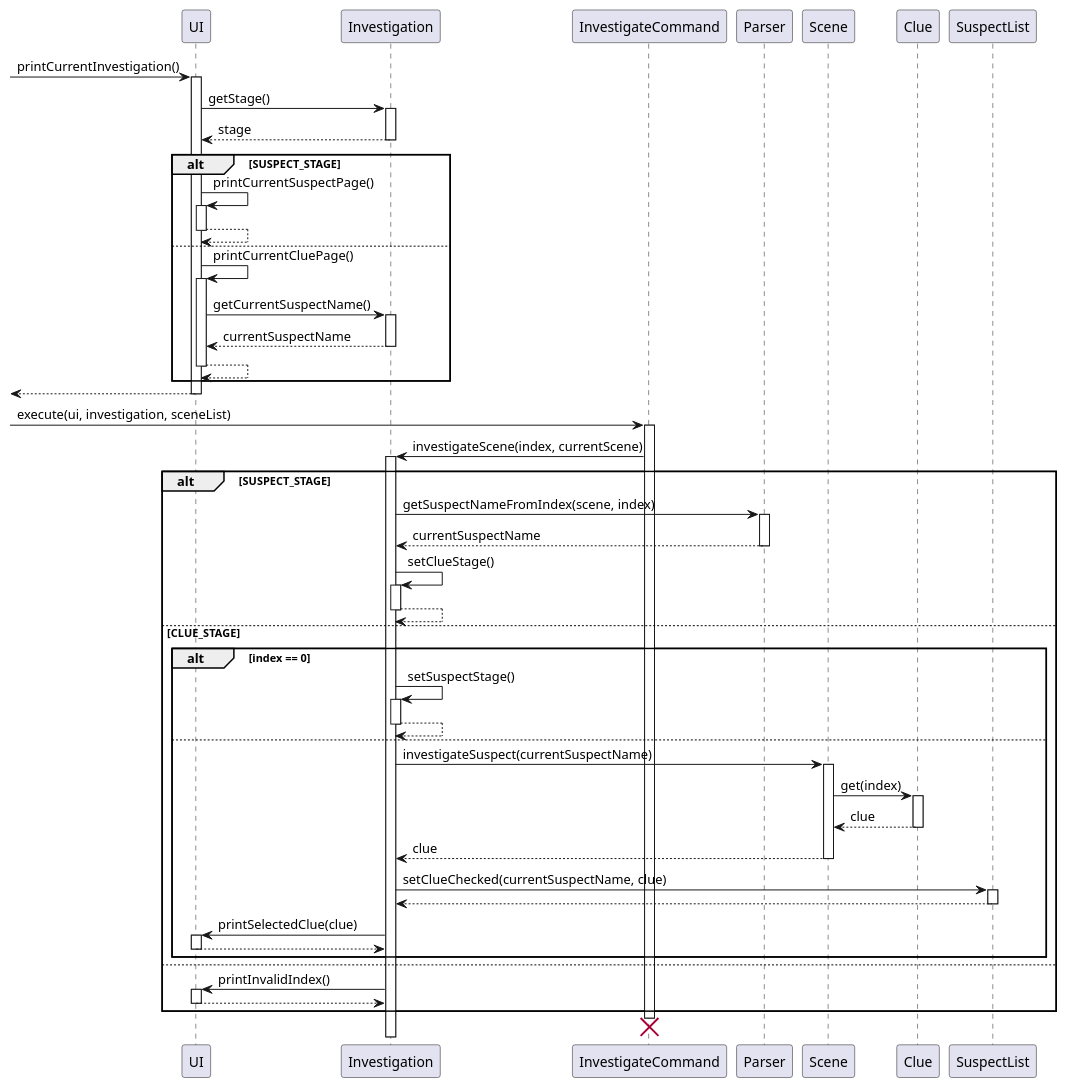
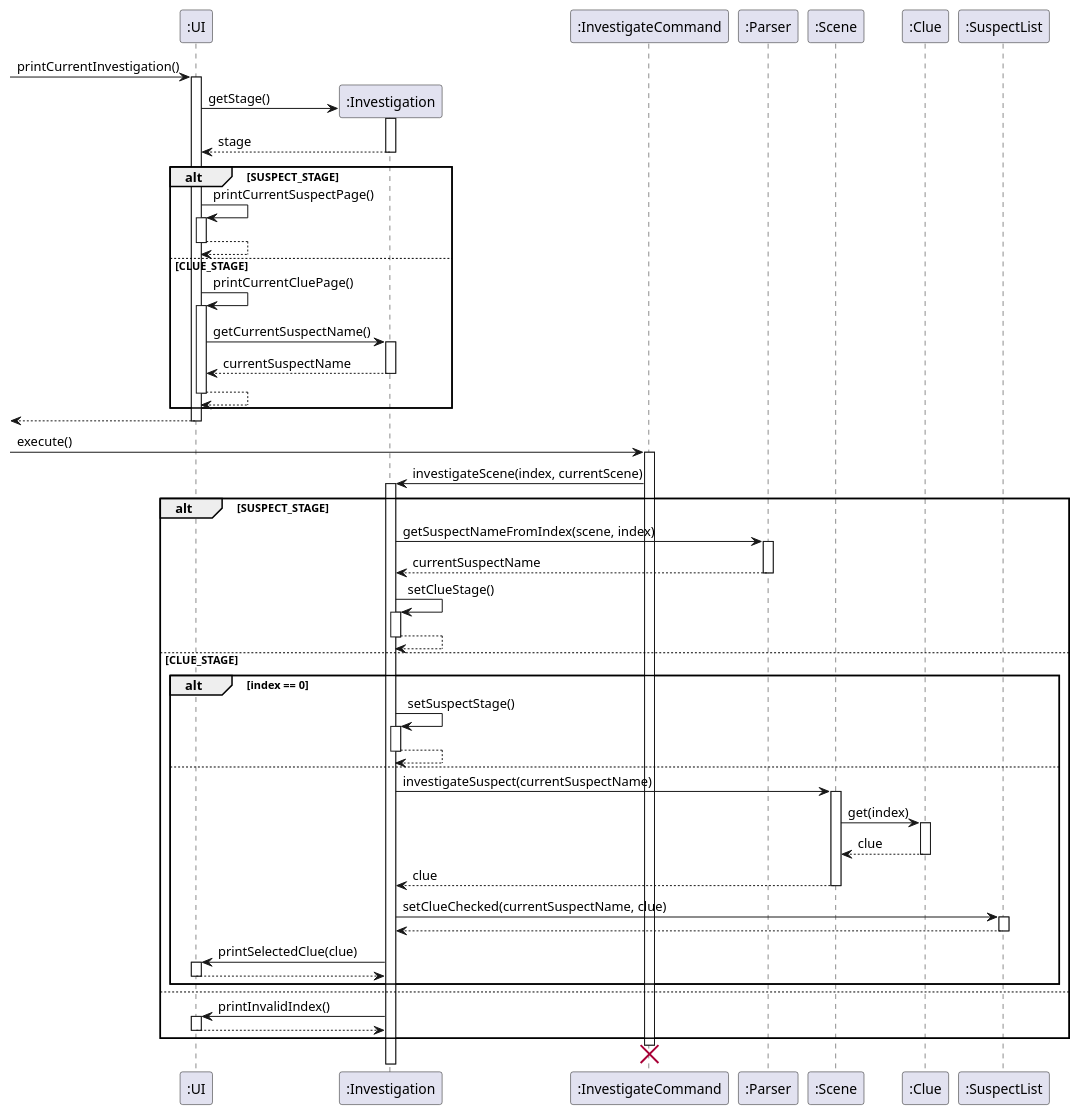
One commit to peng-217/tp changed the diagram in docs/Investigation_Sequence_Diagram.puml. Above: the diagram before and after it, drawn with PlantUML. The commit also changed 3 other files, not shown here.

Commit message:
Add investigation class diagram and update sequence diagram

```diff
--- a/docs/Investigation_Sequence_Diagram.puml
+++ b/docs/Investigation_Sequence_Diagram.puml
@@ -1,66 +1,68 @@
 @startuml
 'https://plantuml.com/sequence-diagram
 
--> UI : printCurrentInvestigation()
-activate UI
+-> ":UI" : printCurrentInvestigation()
+activate ":UI"
 
-UI -> Investigation: getStage()
-activate Investigation
+create ":Investigation"
+
+":UI" -> ":Investigation": getStage()
+activate ":Investigation"
 return stage
 
 
 alt SUSPECT_STAGE
-    UI -> UI: printCurrentSuspectPage()
-    activate UI
+    ":UI" -> ":UI": printCurrentSuspectPage()
+    activate ":UI"
     return
 
-else
-    UI -> UI: printCurrentCluePage()
-    activate UI
-    UI -> Investigation: getCurrentSuspectName()
-    activate Investigation
+else CLUE_STAGE
+    ":UI" -> ":UI": printCurrentCluePage()
+    activate ":UI"
+    ":UI" -> ":Investigation": getCurrentSuspectName()
+    activate ":Investigation"
     return currentSuspectName
     return
 end
 return
 
--> InvestigateCommand: execute(ui, investigation, sceneList)
-activate InvestigateCommand
-InvestigateCommand -> Investigation: investigateScene(index, currentScene)
+-> ":InvestigateCommand": execute()
+activate ":InvestigateCommand"
+":InvestigateCommand" -> ":Investigation": investigateScene(index, currentScene)
 alt SUSPECT_STAGE
-    activate Investigation
-    Investigation -> Parser: getSuspectNameFromIndex(scene, index)
-    activate Parser
+    activate ":Investigation"
+    ":Investigation" -> ":Parser": getSuspectNameFromIndex(scene, index)
+    activate ":Parser"
     return currentSuspectName
 
-    Investigation -> Investigation: setClueStage()
-    activate Investigation
+    ":Investigation" -> ":Investigation": setClueStage()
+    activate ":Investigation"
     return
 else CLUE_STAGE
     alt index == 0
-        Investigation -> Investigation: setSuspectStage()
-        activate Investigation
+        ":Investigation" -> ":Investigation": setSuspectStage()
+        activate ":Investigation"
         return
     else
-        Investigation -> Scene: investigateSuspect(currentSuspectName)
-        activate Scene
-        Scene -> Clue: get(index)
-        activate Clue
+        ":Investigation" -> ":Scene": investigateSuspect(currentSuspectName)
+        activate ":Scene"
+        ":Scene" -> ":Clue": get(index)
+        activate ":Clue"
         return clue
         return clue
-        Investigation -> SuspectList: setClueChecked(currentSuspectName, clue)
-        activate SuspectList
+        ":Investigation" -> ":SuspectList": setClueChecked(currentSuspectName, clue)
+        activate ":SuspectList"
         return
-        Investigation -> UI: printSelectedClue(clue)
-        activate UI
+        ":Investigation" -> ":UI": printSelectedClue(clue)
+        activate ":UI"
         return
     end
 else
-    Investigation -> UI: printInvalidIndex()
-    activate UI
+    ":Investigation" -> ":UI": printInvalidIndex()
+    activate ":UI"
     return
 end
 
-destroy InvestigateCommand
+destroy ":InvestigateCommand"
 
 @enduml
```
